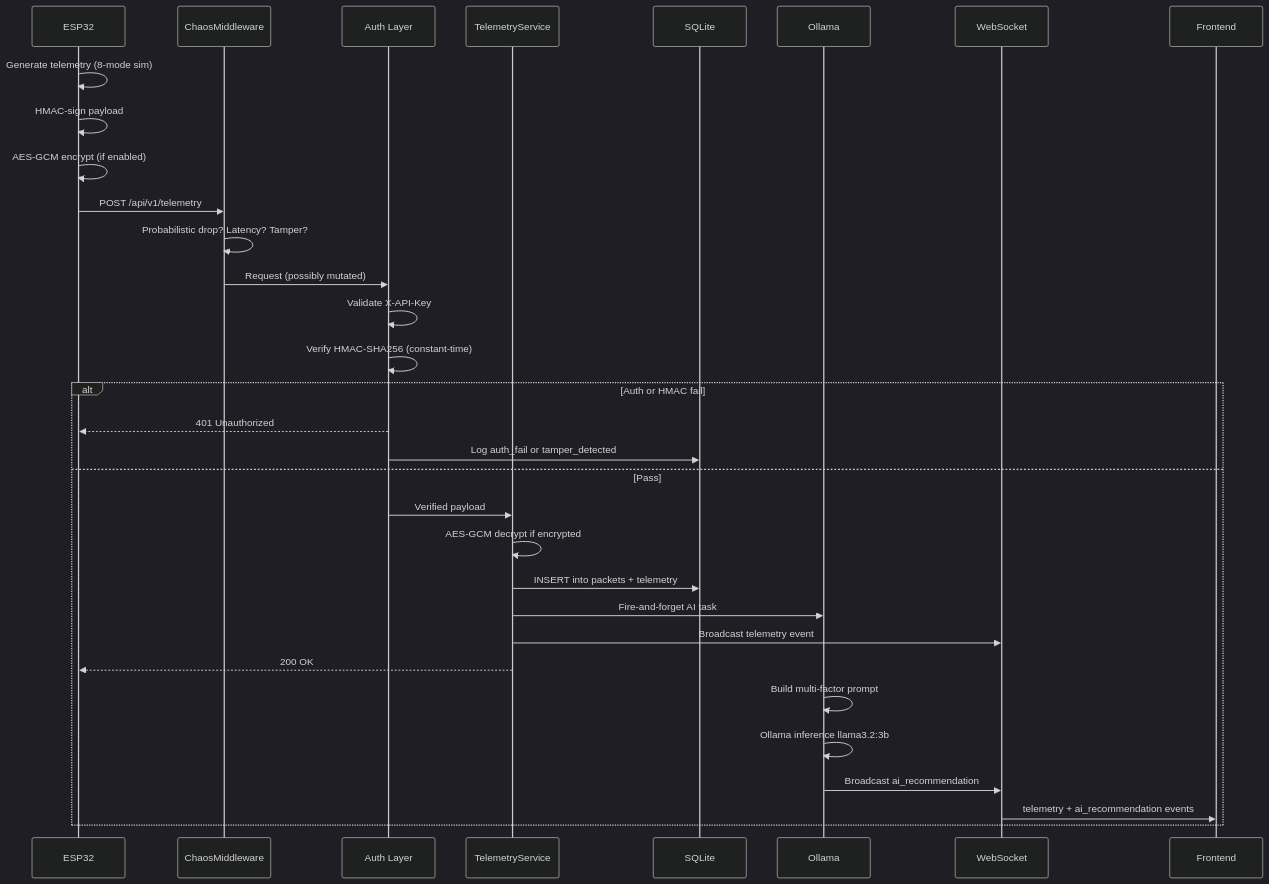
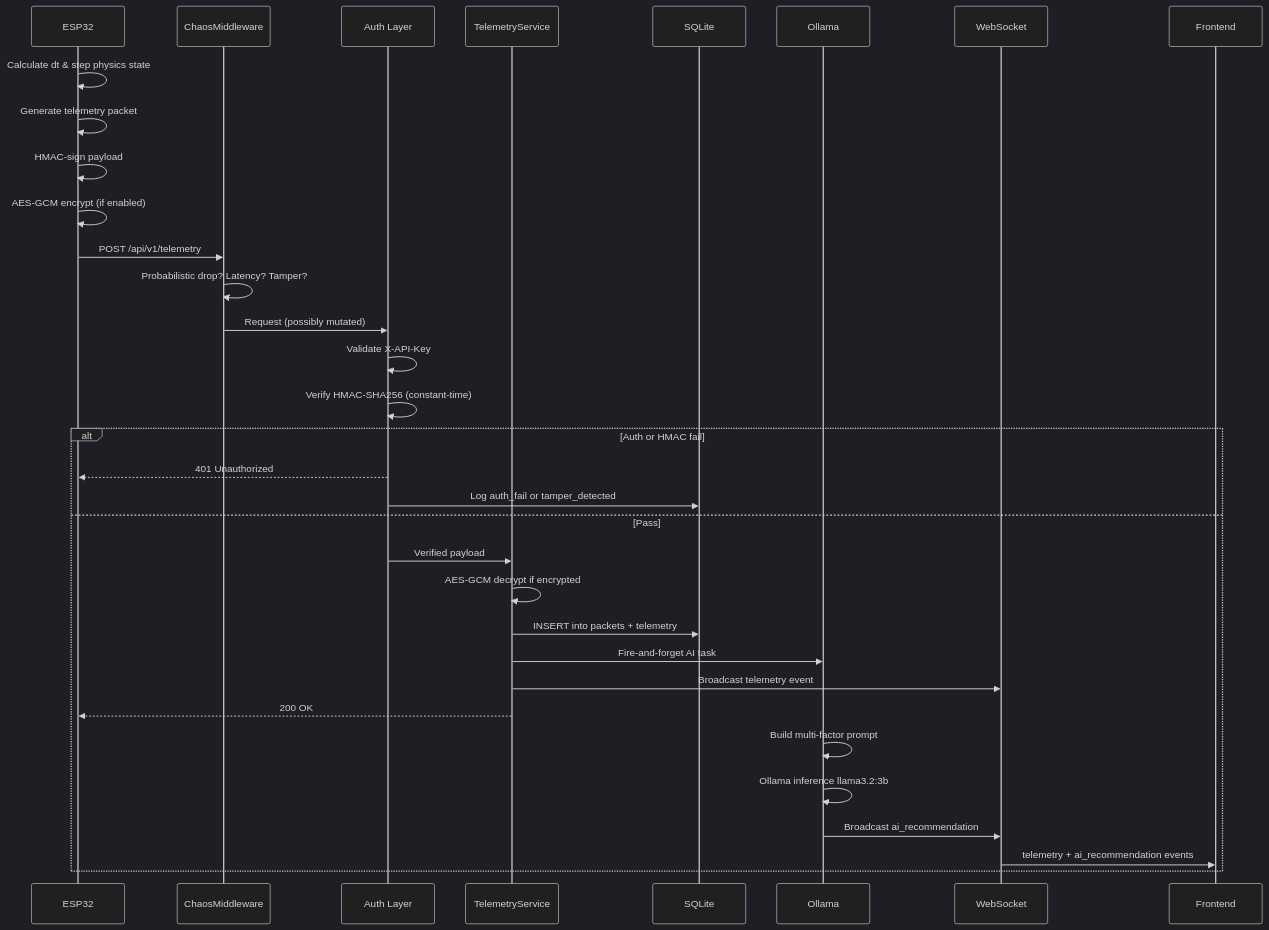
The third of 4 diagrams in docs/architecture-diagrams.md (justinsaju21/CVIS), drawn with Mermaid (dark theme) before and after one commit. The commit also changed other lines of this file and 30 other files, not shown here.

````diff
--- a/docs/architecture-diagrams.md
+++ b/docs/architecture-diagrams.md
@@ -94,37 +94,38 @@
 ```mermaid
 sequenceDiagram
     participant ESP as ESP32
     participant CM as ChaosMiddleware
     participant AUTH as Auth Layer
     participant SVC as TelemetryService
     participant DB as SQLite
     participant AI as Ollama
     participant WS as WebSocket
     participant UI as Frontend
 
-    ESP->>ESP: Generate telemetry (8-mode sim)
+    ESP->>ESP: Calculate dt & step physics state
+    ESP->>ESP: Generate telemetry packet
     ESP->>ESP: HMAC-sign payload
     ESP->>ESP: AES-GCM encrypt (if enabled)
     ESP->>CM: POST /api/v1/telemetry
 
     CM->>CM: Probabilistic drop? Latency? Tamper?
     CM->>AUTH: Request (possibly mutated)
 
     AUTH->>AUTH: Validate X-API-Key
     AUTH->>AUTH: Verify HMAC-SHA256 (constant-time)
     alt Auth or HMAC fail
         AUTH-->>ESP: 401 Unauthorized
         AUTH->>DB: Log auth_fail or tamper_detected
     else Pass
         AUTH->>SVC: Verified payload
         SVC->>SVC: AES-GCM decrypt if encrypted
         SVC->>DB: INSERT into packets + telemetry
         SVC->>AI: Fire-and-forget AI task
         SVC->>WS: Broadcast telemetry event
         SVC-->>ESP: 200 OK
         AI->>AI: Build multi-factor prompt
         AI->>AI: Ollama inference llama3.2:3b
         AI->>WS: Broadcast ai_recommendation
         WS->>UI: telemetry + ai_recommendation events
     end
 ```
````
